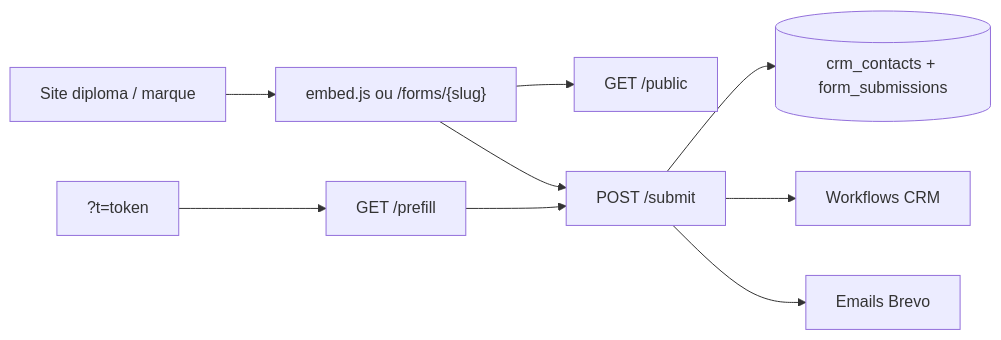
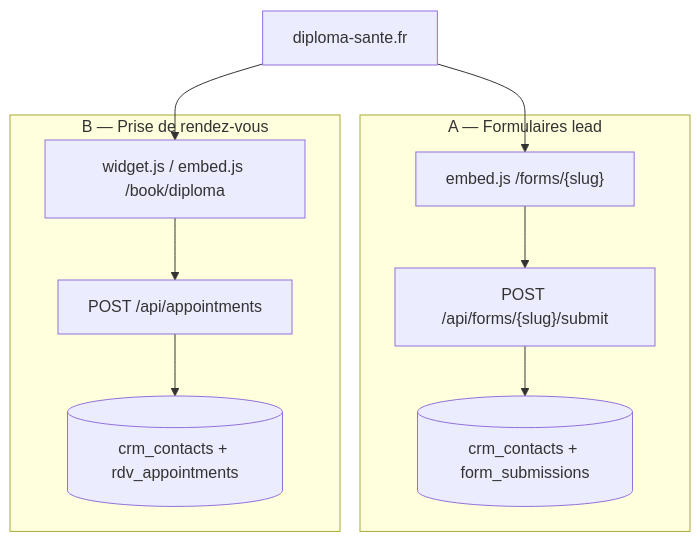
One commit to benjaminhaddad-max/rdv-agenda changed the diagram in docs/api-forms-diploma-sante.md. Above: the diagram before and after it, drawn with Mermaid. The commit also changed other lines of this file, not shown here.

First line of the commit message:
docs: types de forms Diploma + API prise de RDV

````diff
--- a/docs/api-forms-diploma-sante.md
+++ b/docs/api-forms-diploma-sante.md
@@ -28,11 +20,19 @@
 ```mermaid
-flowchart LR
-  Site[Site diploma / marque] --> Embed["embed.js ou /forms/{slug}"]
-  Embed --> Public["GET /public"]
-  Prefill["?t=token"] --> PrefillAPI["GET /prefill"]
-  Embed --> Submit["POST /submit"]
-  PrefillAPI --> Submit
-  Submit --> CRM[(crm_contacts + form_submissions)]
-  Submit --> WF[Workflows CRM]
-  Submit --> Mail[Emails Brevo]
+flowchart TB
+  Site[diploma-sante.fr]
+
+  subgraph Lead["A — Formulaires lead"]
+    EmbedA["embed.js /forms/{slug}"]
+    SubmitA["POST /api/forms/{slug}/submit"]
+    CRM1[(crm_contacts + form_submissions)]
+  end
+
+  subgraph RDV["B — Prise de rendez-vous"]
+    EmbedB["widget.js / embed.js /book/diploma"]
+    SubmitB["POST /api/appointments"]
+    CRM2[(crm_contacts + rdv_appointments)]
+  end
+
+  Site --> EmbedA --> SubmitA --> CRM1
+  Site --> EmbedB --> SubmitB --> CRM2
 ```
````
